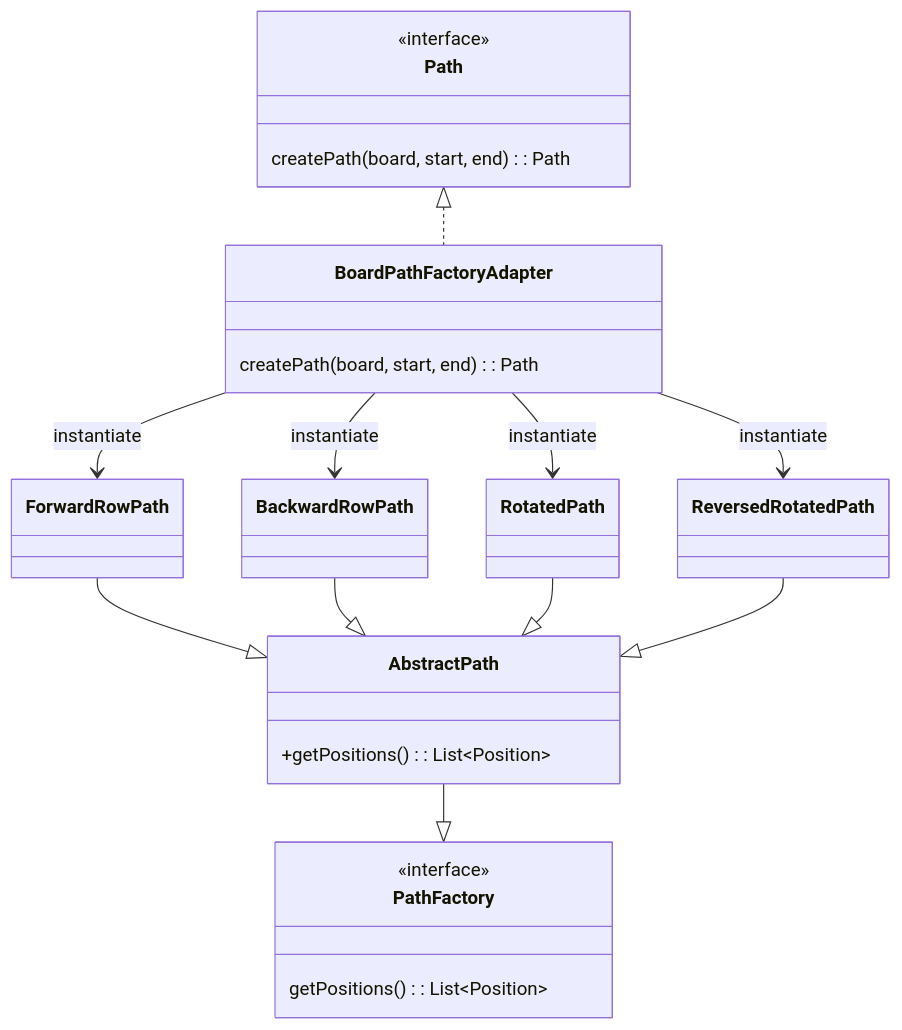
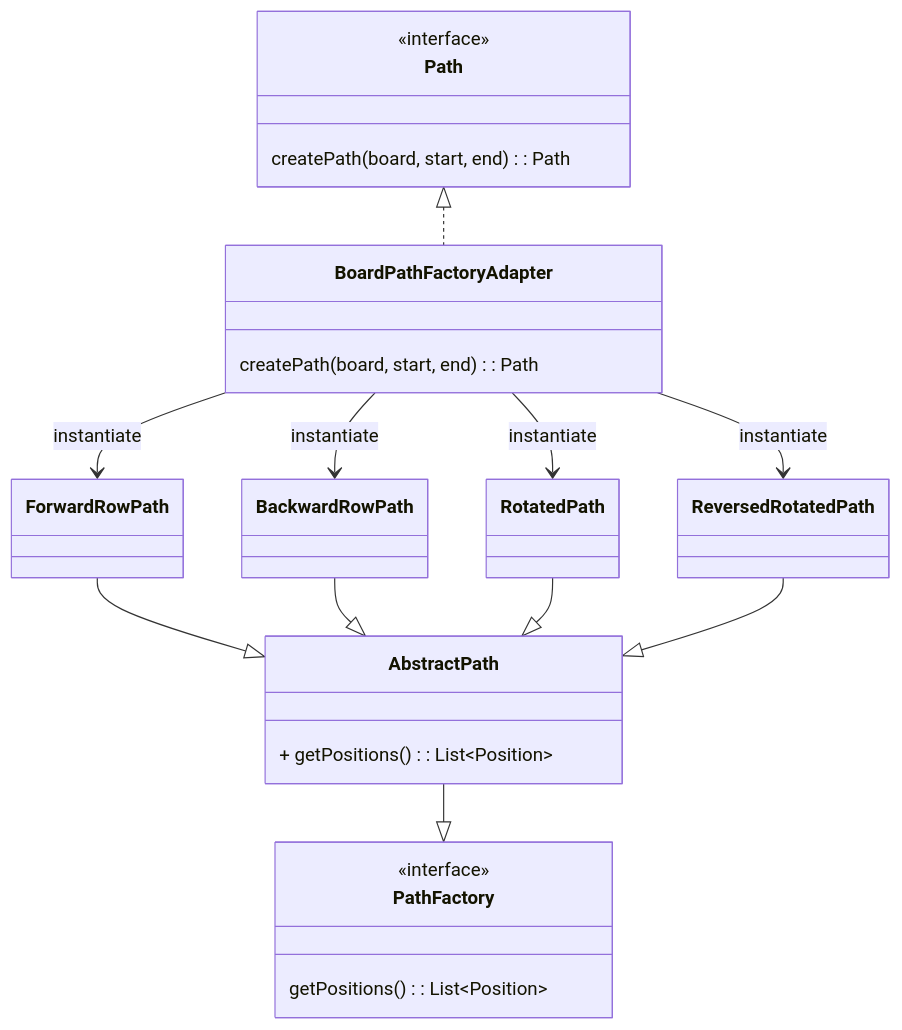
One commit to SirRmelTheThird/HyperJump changed the fourth of 14 diagrams in README.md. Above: the diagram before and after it, drawn with Mermaid. The commit also changed other lines of this file and 1 other file, not shown here.

````diff
--- a/README.md
+++ b/README.md
@@ -219,42 +221,42 @@
 ```mermaid
 classDiagram
 Path <|.. BoardPathFactoryAdapter
 
     BoardPathFactoryAdapter --> ForwardRowPath : instantiate
     BoardPathFactoryAdapter --> BackwardRowPath : instantiate
     BoardPathFactoryAdapter --> RotatedPath : instantiate
     BoardPathFactoryAdapter --> ReversedRotatedPath : instantiate
 
     ForwardRowPath --|> AbstractPath
     BackwardRowPath --|> AbstractPath
     RotatedPath --|> AbstractPath
     ReversedRotatedPath --|> AbstractPath
 
     AbstractPath --|> PathFactory
 
     class Path {
         <<interface>>
         createPath(board, start, end): Path
     }
 
     class BoardPathFactoryAdapter {
         createPath(board, start, end): Path
     }
 
     class PathFactory {
         <<interface>>
         getPositions(): List~Position~
     }
 
     class AbstractPath {
-        +getPositions(): List~Position~
+        + getPositions(): List~Position~
     }
 
     class ForwardRowPath
 
     class BackwardRowPath
 
     class RotatedPath
 
     class ReversedRotatedPath
 ```
````
